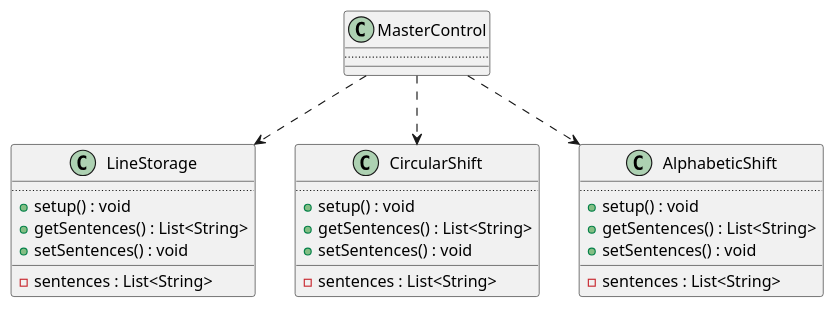
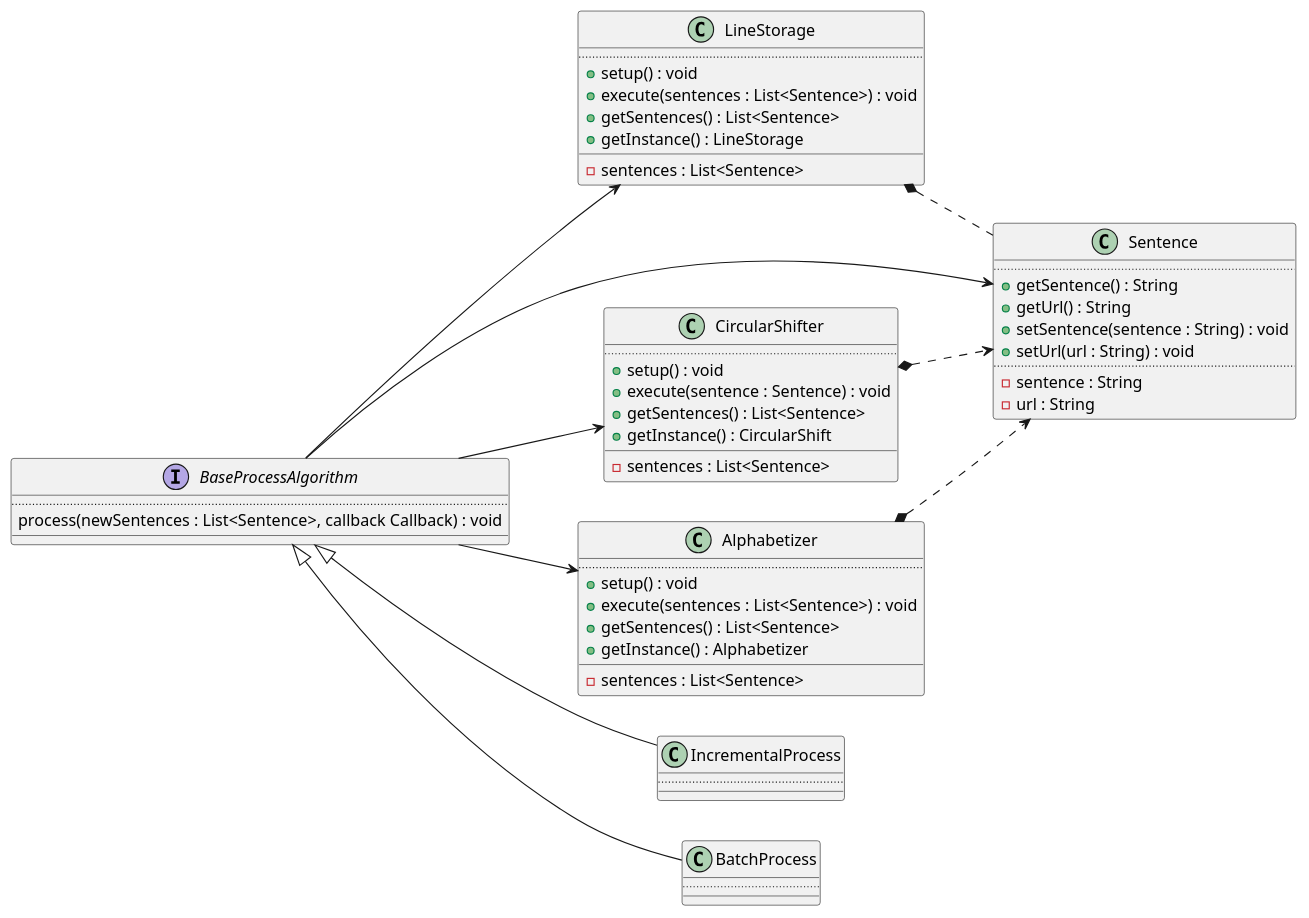
Before and after one commit to wenxi-zeng/sadocuments: the third of 5 diagrams in out/srsplantuml.md, drawn with PlantUML. The commit also changed other lines of this file and 1 other file, not shown here.

````diff
--- a/out/srsplantuml.md
+++ b/out/srsplantuml.md
@@ -41,40 +41,72 @@
 ```plantuml
 @startuml
-MasterControl ..> LineStorage
-MasterControl ..> CircularShift
-MasterControl ..> AlphabeticShift
+left to right direction
+LineStorage *.. Sentence
+CircularShifter *..> Sentence
+Alphabetizer *..> Sentence
+BaseProcessAlgorithm --> Sentence
+BaseProcessAlgorithm --> LineStorage
+BaseProcessAlgorithm --> CircularShifter
+BaseProcessAlgorithm --> Alphabetizer
+BaseProcessAlgorithm <|-- IncrementalProcess
+BaseProcessAlgorithm <|-- BatchProcess
+
+class Sentence {
+    ....
+    + getSentence() : String
+    + getUrl() : String
+    + setSentence(sentence : String) : void
+    + setUrl(url : String) : void
+    ....
+    - sentence : String
+    - url : String
+}
 
 class LineStorage {
   ....
   + setup() : void
-  + getSentences() : List<String>
-  + setSentences() : void
+  + execute(sentences : List<Sentence>) : void
+  + getSentences() : List<Sentence>
+  + getInstance() : LineStorage
   ____
-  - sentences : List<String> 
+  - sentences : List<Sentence> 
 }
 
-class CircularShift {
+class CircularShifter {
   ....
   + setup() : void
-  + getSentences() : List<String>
-  + setSentences() : void
+  + execute(sentence : Sentence) : void
+  + getSentences() : List<Sentence>
+  + getInstance() : CircularShift
   ____
-  - sentences : List<String> 
+  - sentences : List<Sentence> 
 }
 
-class AlphabeticShift {
+class Alphabetizer {
   ....
   + setup() : void
-  + getSentences() : List<String>
-  + setSentences() : void
+  + execute(sentences : List<Sentence>) : void
+  + getSentences() : List<Sentence>
+  + getInstance() : Alphabetizer
   ____
-  - sentences : List<String> 
+  - sentences : List<Sentence> 
 }
 
-class MasterControl {
+interface BaseProcessAlgorithm {
+  ....
+  process(newSentences : List<Sentence>, callback Callback) : void
+  ____
+}
+
+class IncrementalProcess {
+  ....
+  ____
+}
+
+class BatchProcess {
   ....
   ____
 }
 
 @enduml
 ```
````
